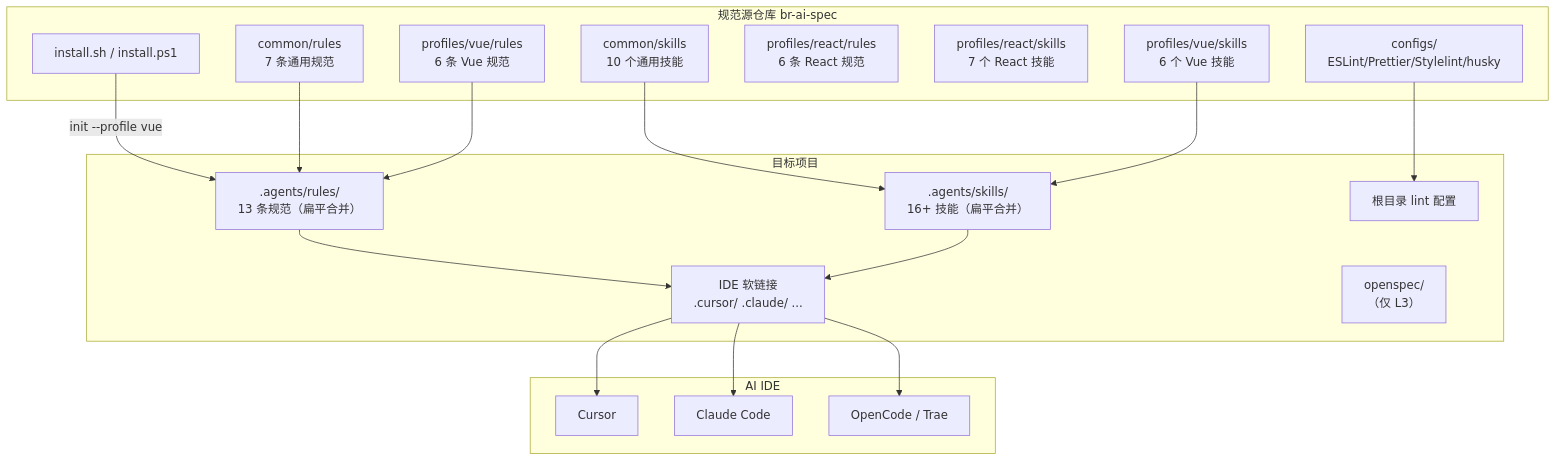
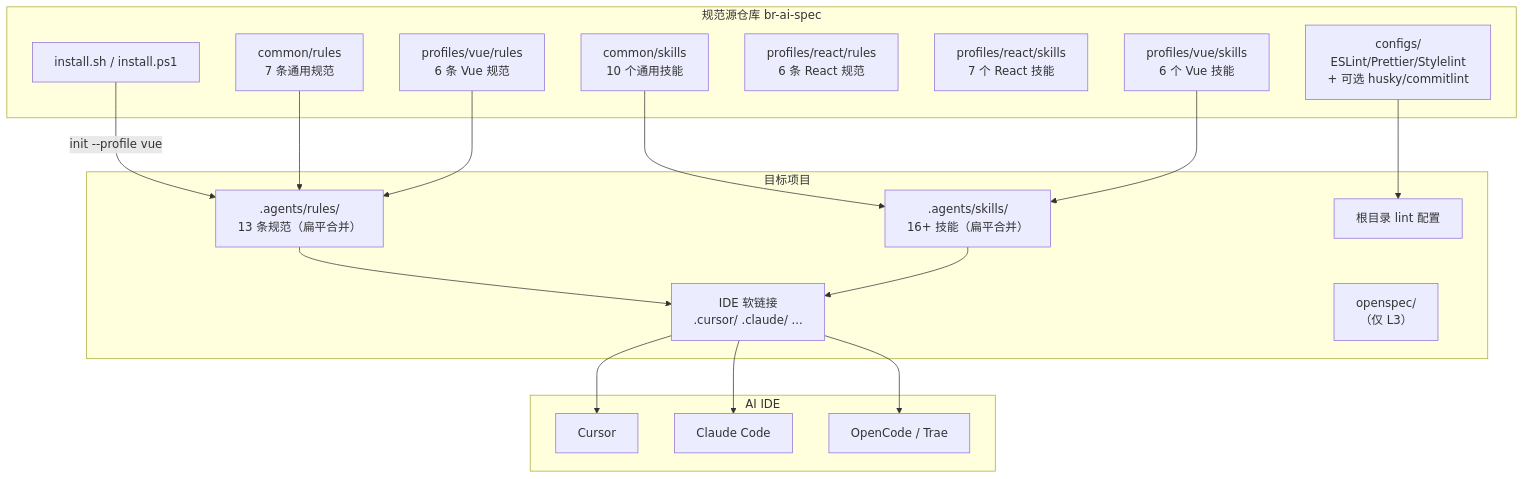
Before and after one commit to Colouful/br-ai-spec: the first of 3 diagrams in docs/项目需求说明.md, drawn with Mermaid. The commit also changed other lines of this file and 9 other files, not shown here.

````diff
--- a/docs/项目需求说明.md
+++ b/docs/项目需求说明.md
@@ -429,39 +430,39 @@
 ```mermaid
 graph TB
     subgraph specRepo ["规范源仓库 br-ai-spec"]
         CommonRules["common/rules<br/>7 条通用规范"]
         CommonSkills["common/skills<br/>10 个通用技能"]
         VueRules["profiles/vue/rules<br/>6 条 Vue 规范"]
         VueSkills["profiles/vue/skills<br/>6 个 Vue 技能"]
         ReactRules["profiles/react/rules<br/>6 条 React 规范"]
         ReactSkills["profiles/react/skills<br/>7 个 React 技能"]
-        Configs["configs/<br/>ESLint/Prettier/Stylelint/husky"]
+        Configs["configs/<br/>ESLint/Prettier/Stylelint<br/>+ 可选 husky/commitlint"]
         InstallScript["install.sh / install.ps1"]
     end
 
     subgraph targetProject ["目标项目"]
         FlatRules[".agents/rules/<br/>13 条规范（扁平合并）"]
         FlatSkills[".agents/skills/<br/>16+ 技能（扁平合并）"]
         LintConfigs["根目录 lint 配置"]
         IDELinks["IDE 软链接<br/>.cursor/ .claude/ ..."]
         OpenSpecDir["openspec/<br/>（仅 L3）"]
     end
 
     subgraph aiIDE ["AI IDE"]
         CursorIDE["Cursor"]
         ClaudeCode["Claude Code"]
         OtherIDE["OpenCode / Trae"]
     end
 
     InstallScript -->|"init --profile vue"| FlatRules
     CommonRules --> FlatRules
     VueRules --> FlatRules
     CommonSkills --> FlatSkills
     VueSkills --> FlatSkills
     Configs --> LintConfigs
     FlatRules --> IDELinks
     FlatSkills --> IDELinks
     IDELinks --> CursorIDE
     IDELinks --> ClaudeCode
     IDELinks --> OtherIDE
 ```
````
